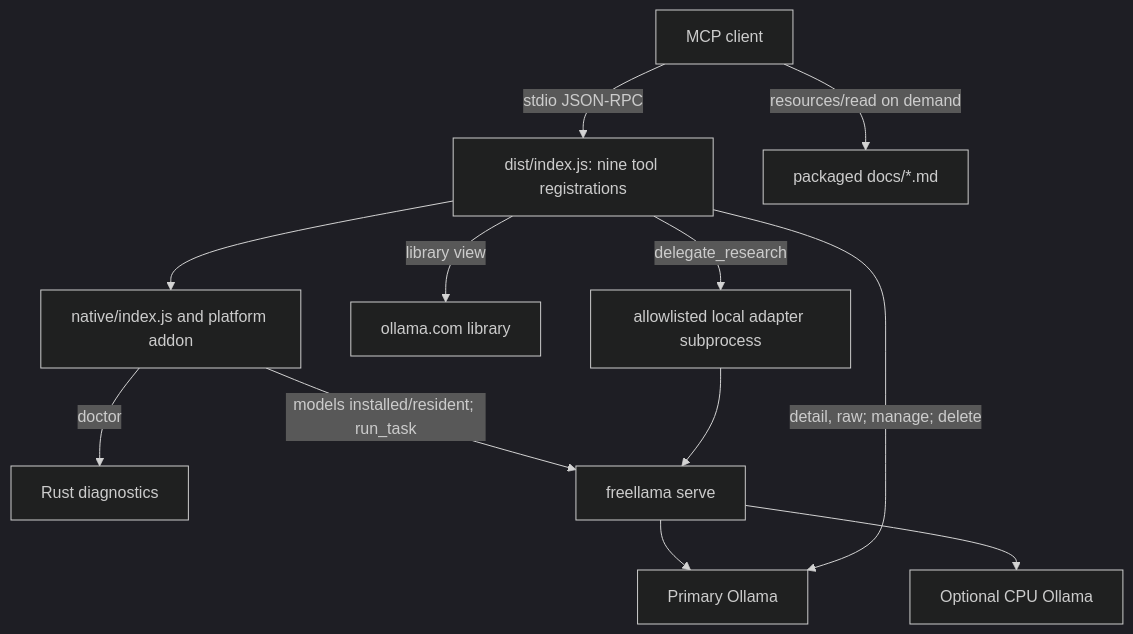
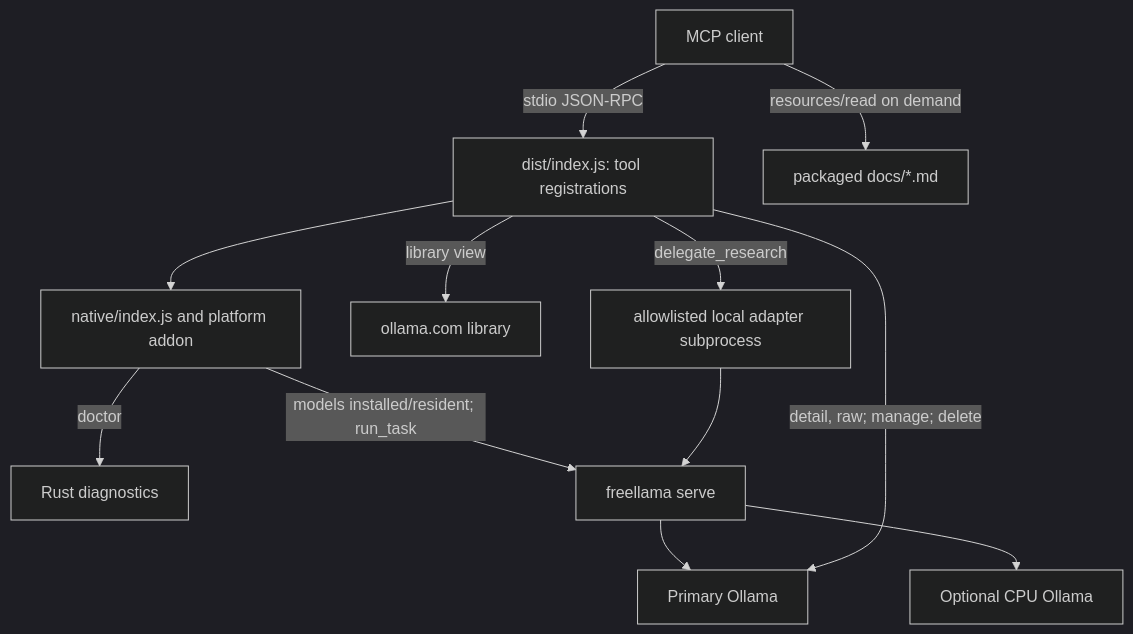
The second of 2 diagrams in packages/mcp/README.md (bgauryy/FreeLlama), drawn with Mermaid (dark theme) before and after one commit. The commit also changed other lines of this file and 49 other files, not shown here.

````diff
--- a/packages/mcp/README.md
+++ b/packages/mcp/README.md
@@ -157,14 +163,14 @@
 ```mermaid
 flowchart TD
-    C["MCP client"] -->|"stdio JSON-RPC"| B["dist/index.js: nine tool registrations"]
+    C["MCP client"] -->|"stdio JSON-RPC"| B["dist/index.js: tool registrations"]
     B --> N["native/index.js and platform addon"]
     N -->|"doctor"| L["Rust diagnostics"]
     N -->|"models installed/resident; run_task"| S["freellama serve"]
     S --> G["Primary Ollama"]
     S --> U["Optional CPU Ollama"]
     B -->|"detail, raw; manage; delete"| G
     B -->|"library view"| W["ollama.com library"]
     B -->|"delegate_research"| A["allowlisted local adapter subprocess"]
     A --> S
     C -->|"resources/read on demand"| D["packaged docs/*.md"]
 ```
````
